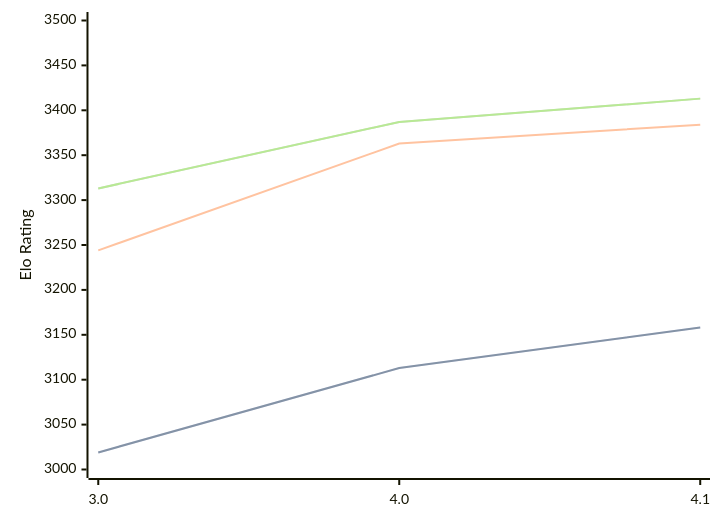
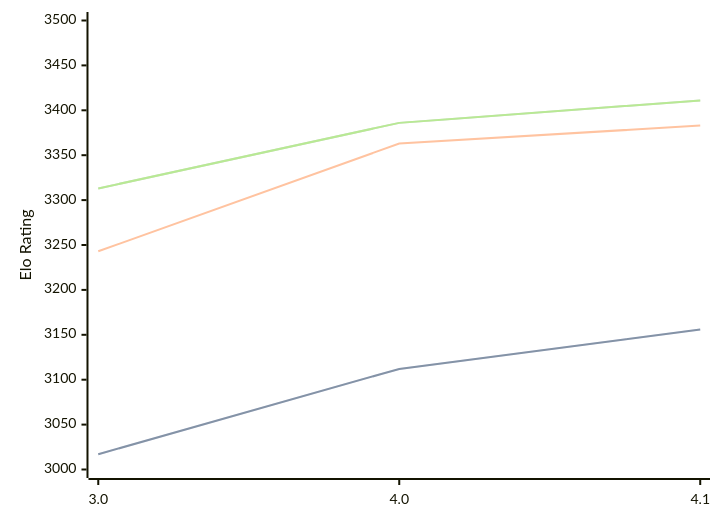
Before and after one commit to computer-chess-index/cci: the diagram in engines/Eleanor.md, drawn with Mermaid. The commit also changed other lines of this file, not shown here.

Commit message:
Update CCI Ratings (ELO VLTC) - 2026-08-11

````diff
--- a/engines/Eleanor.md
+++ b/engines/Eleanor.md
@@ -33,11 +33,11 @@
 ```mermaid
 %%{init: {"theme":"base","themeVariables":{"seriesColors:['#a3a3a3','#222221','#faa371']}}}%%
 xychart-beta
   x-axis ["3.0", "4.0", "4.1"]
   y-axis "Elo Rating" 3000 --> 3500
-  line "STC (8.0+0.08s)" [3019, 3113, 3158]
-  line "STC (8.0+0.08s)" [3019, 3113, 3158]
-  line "LTC (60.0+0.60s)" [3244, 3363, 3384]
-  line "VLTC (2m24s+1.12s)" [3313, 3387, 3413]
-  line "VLTC (2m24s+1.12s)" [3313, 3387, 3413]
+  line "STC (8.0+0.08s)" [3017, 3112, 3156]
+  line "STC (8.0+0.08s)" [3017, 3112, 3156]
+  line "LTC (60.0+0.60s)" [3243, 3363, 3383]
+  line "VLTC (2m24s+1.12s)" [3313, 3386, 3411]
+  line "VLTC (2m24s+1.12s)" [3313, 3386, 3411]
 ```
````
